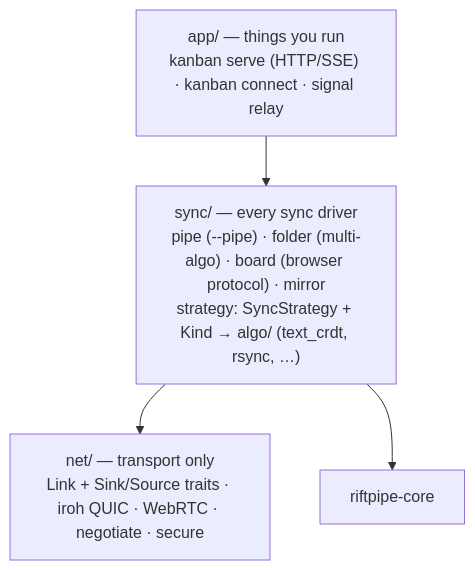
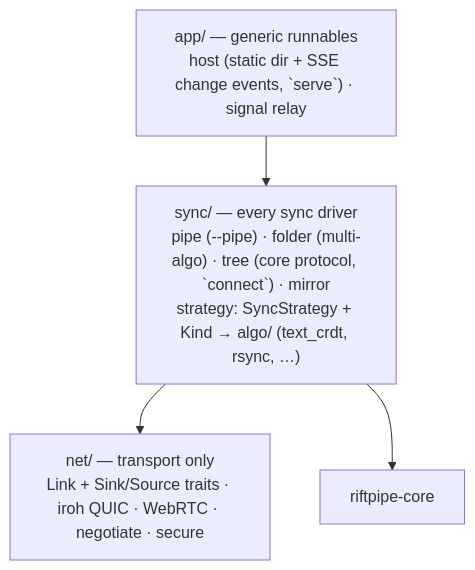
The second of 5 diagrams in docs/architecture.md (earv1/riftpipe), drawn with Mermaid before and after one commit. The commit also changed other lines of this file and 7 other files, not shown here.

````diff
--- a/docs/architecture.md
+++ b/docs/architecture.md
@@ -54,10 +61,10 @@
 ```mermaid
 flowchart TB
-    APP["app/ — things you run<br/>kanban serve (HTTP/SSE) · kanban connect · signal relay"]
-    SYNC["sync/ — every sync driver<br/>pipe (--pipe) · folder (multi-algo) · board (browser protocol) · mirror<br/>strategy: SyncStrategy + Kind → algo/ (text_crdt, rsync, …)"]
+    APP["app/ — generic runnables<br/>host (static dir + SSE change events, `serve`) · signal relay"]
+    SYNC["sync/ — every sync driver<br/>pipe (--pipe) · folder (multi-algo) · tree (core protocol, `connect`) · mirror<br/>strategy: SyncStrategy + Kind → algo/ (text_crdt, rsync, …)"]
     NET["net/ — transport only<br/>Link + Sink/Source traits · iroh QUIC · WebRTC · negotiate · secure"]
     CORE["riftpipe-core"]
     APP --> SYNC
     SYNC --> NET
     SYNC --> CORE
 ```
````
